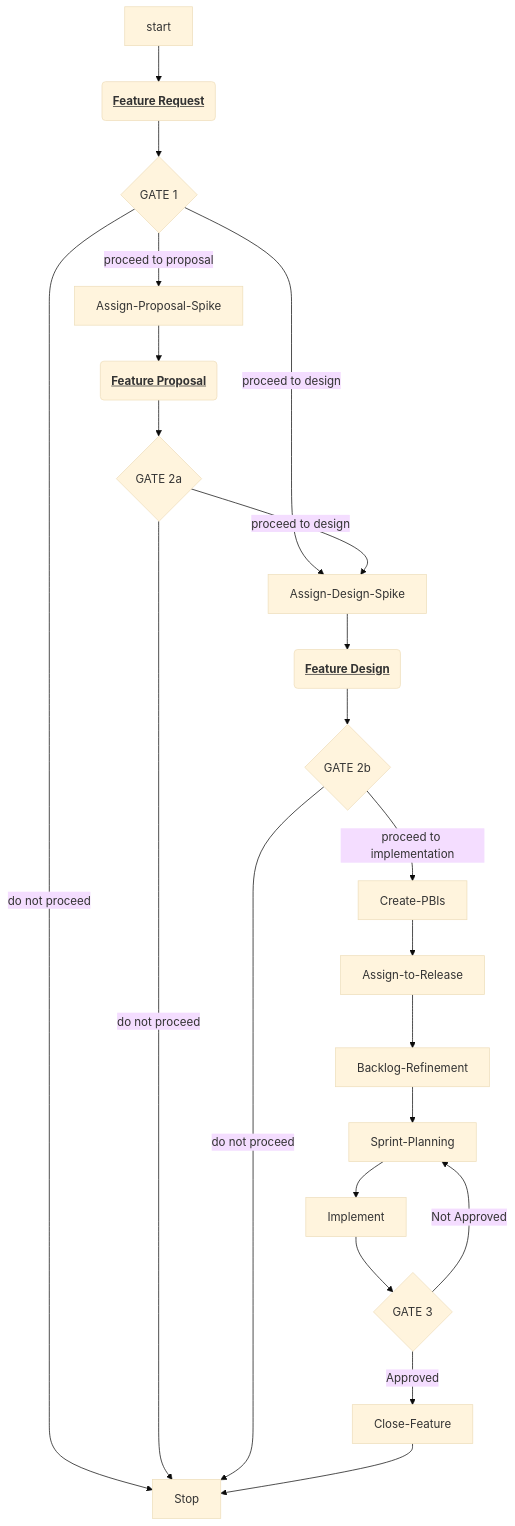
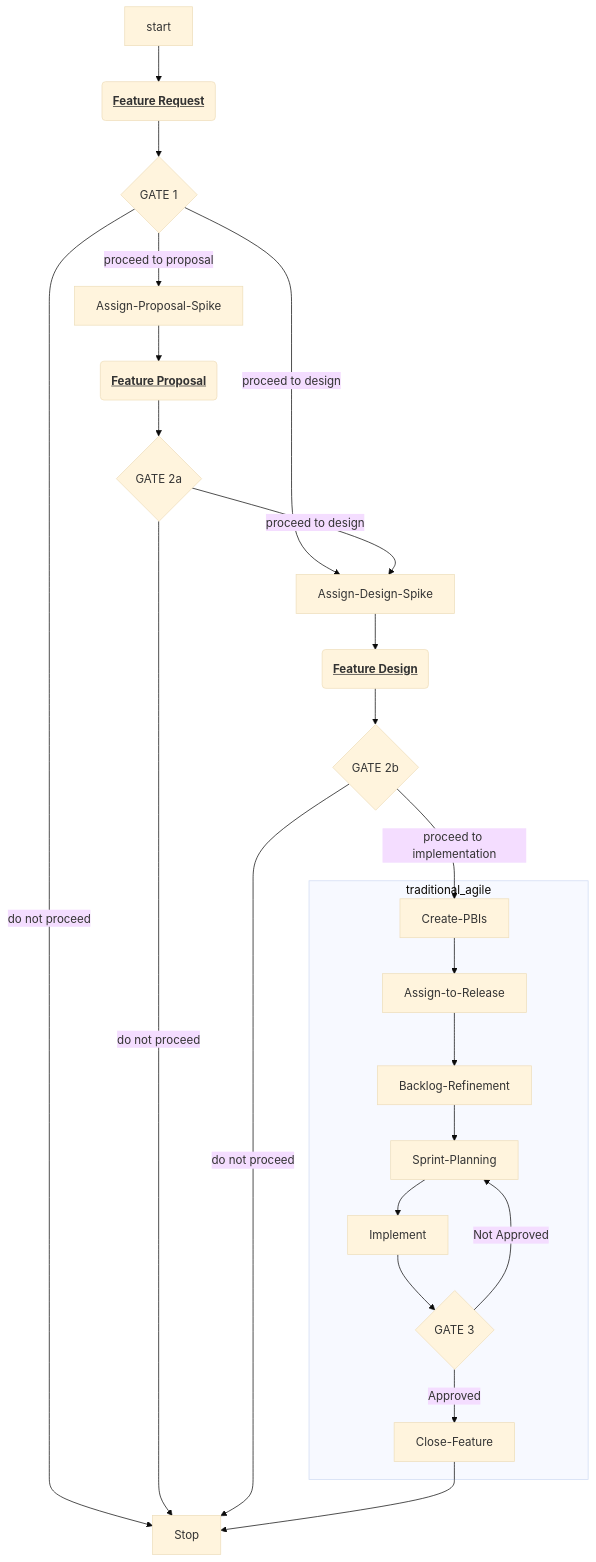
The diagram in README.md (richtremblay-ssc/design_process), drawn with Mermaid (base theme) before and after one commit.

Commit message:
added subgraph for current process scope

````diff
--- a/README.md
+++ b/README.md
@@ -9,38 +9,41 @@
 ```mermaid
 flowchart TD
   Feature-Request(Feature Request: Completed by PO, PM or Eng Lead)
 
   Feature-Governance{GATE 1}
   Proposal-Governance{GATE 2a}
   Design-Governance{GATE 2b}
   Sprint-Review{GATE 3}
 
   start --> Feature-Request
   Feature-Request --> Feature-Governance
 
   Feature-Governance -- proceed to design --> Assign-Design-Spike
   Feature-Governance -- proceed to proposal --> Assign-Proposal-Spike
   Feature-Governance -- do not proceed --> Stop
 
   Assign-Proposal-Spike --> Feature-Proposal
   Feature-Proposal --> Proposal-Governance
   
   Proposal-Governance -- do not proceed --> Stop
   Proposal-Governance -- proceed to design --> Assign-Design-Spike
 
   Assign-Design-Spike --> Feature-Design
   Feature-Design --> Design-Governance
 
   Design-Governance -- proceed to implementation --> Create-PBIs
   Design-Governance -- do not proceed --> Stop
 
-  Create-PBIs --> Assign-to-Release
-  Assign-to-Release --> Backlog-Refinement --> Sprint-Planning --> Implement --> Sprint-Review
+  subgraph traditional_agile
+    Create-PBIs --> Assign-to-Release
+    Assign-to-Release --> Backlog-Refinement --> Sprint-Planning --> Implement --> Sprint-Review
 
-  Sprint-Review -- Approved --> Close-Feature --> Stop
-  Sprint-Review -- Not Approved --> Sprint-Planning
+    Sprint-Review -- Approved --> Close-Feature
+    Sprint-Review -- Not Approved --> Sprint-Planning
+  end
+  Close-Feature --> Stop
   
   Feature-Request("<b><u>Feature Request</b></u>")
   Feature-Proposal("<b><u>Feature Proposal</b></u>")
   Feature-Design("<b><u>Feature Design</b></u>")
 ```
````
